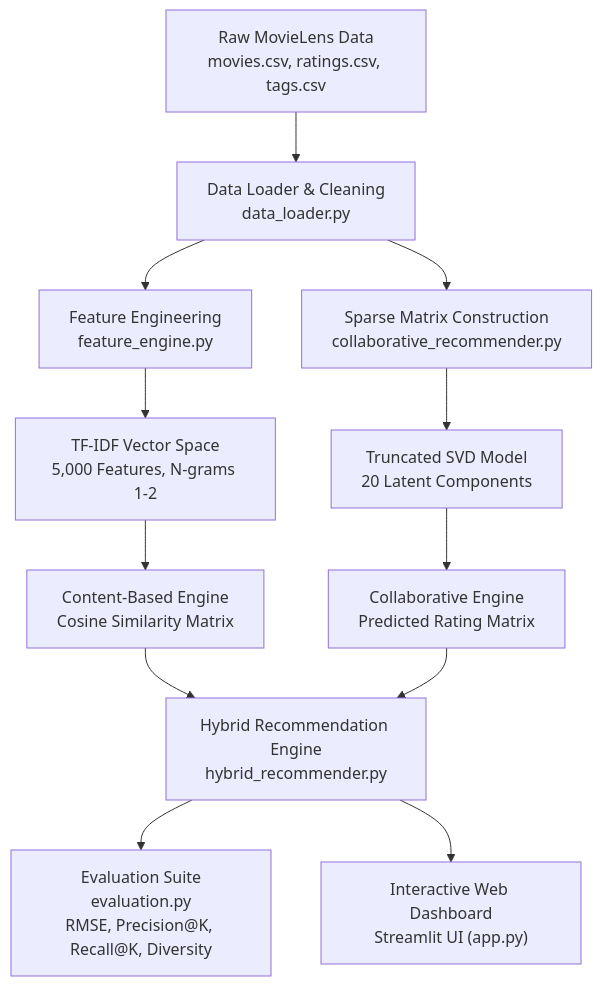
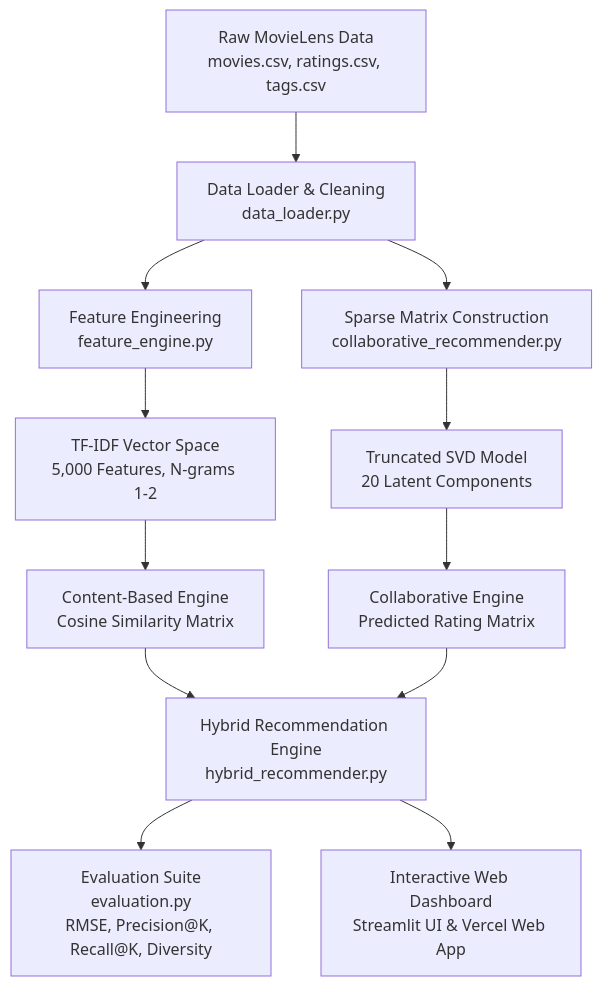
One commit to Izumi6/Movie-Recommendation-Engine changed the diagram in README.md. Above: the diagram before and after it, drawn with Mermaid. The commit also changed other lines of this file and 9 other files, not shown here.

````diff
--- a/README.md
+++ b/README.md
@@ -18,18 +28,18 @@
 ```mermaid
 graph TD
     A["Raw MovieLens Data<br/>movies.csv, ratings.csv, tags.csv"] --> B["Data Loader & Cleaning<br/>data_loader.py"]
     B --> C["Feature Engineering<br/>feature_engine.py"]
     B --> D["Sparse Matrix Construction<br/>collaborative_recommender.py"]
     
     C --> E["TF-IDF Vector Space<br/>5,000 Features, N-grams 1-2"]
     E --> F["Content-Based Engine<br/>Cosine Similarity Matrix"]
     
     D --> G["Truncated SVD Model<br/>20 Latent Components"]
     G --> H["Collaborative Engine<br/>Predicted Rating Matrix"]
     
     F --> I["Hybrid Recommendation Engine<br/>hybrid_recommender.py"]
     H --> I
     
     I --> J["Evaluation Suite<br/>evaluation.py<br/>RMSE, Precision@K, Recall@K, Diversity"]
-    I --> K["Interactive Web Dashboard<br/>Streamlit UI (app.py)"]
+    I --> K["Interactive Web Dashboard<br/>Streamlit UI & Vercel Web App"]
 ```
````
